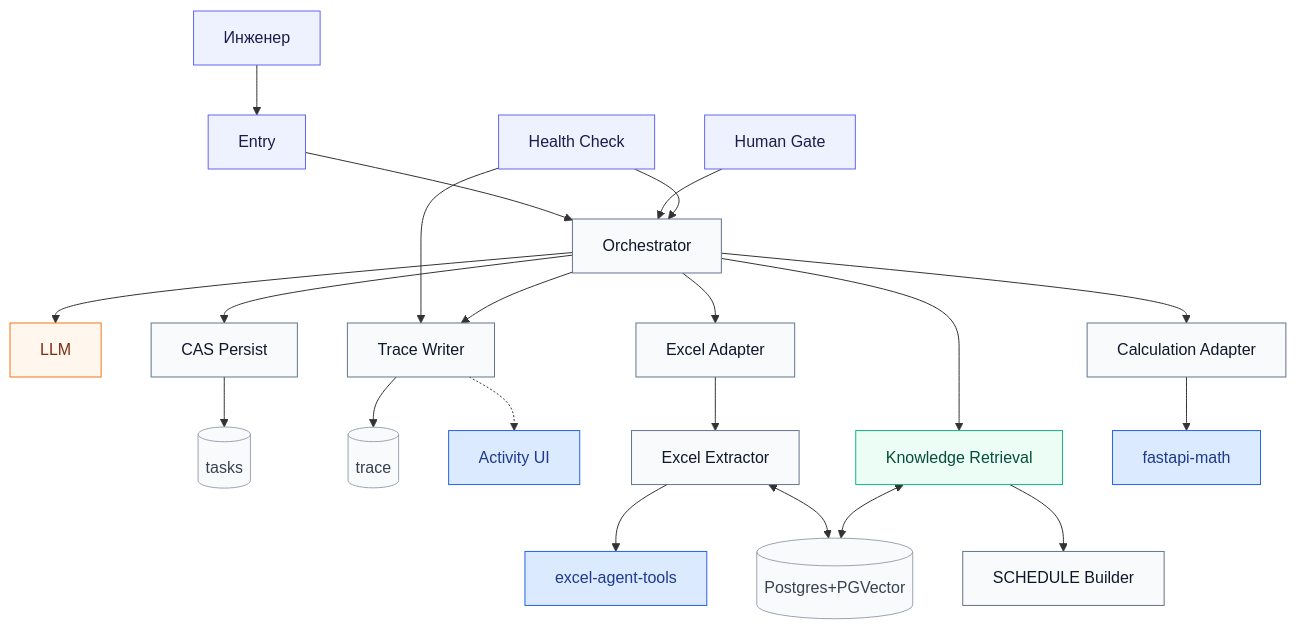
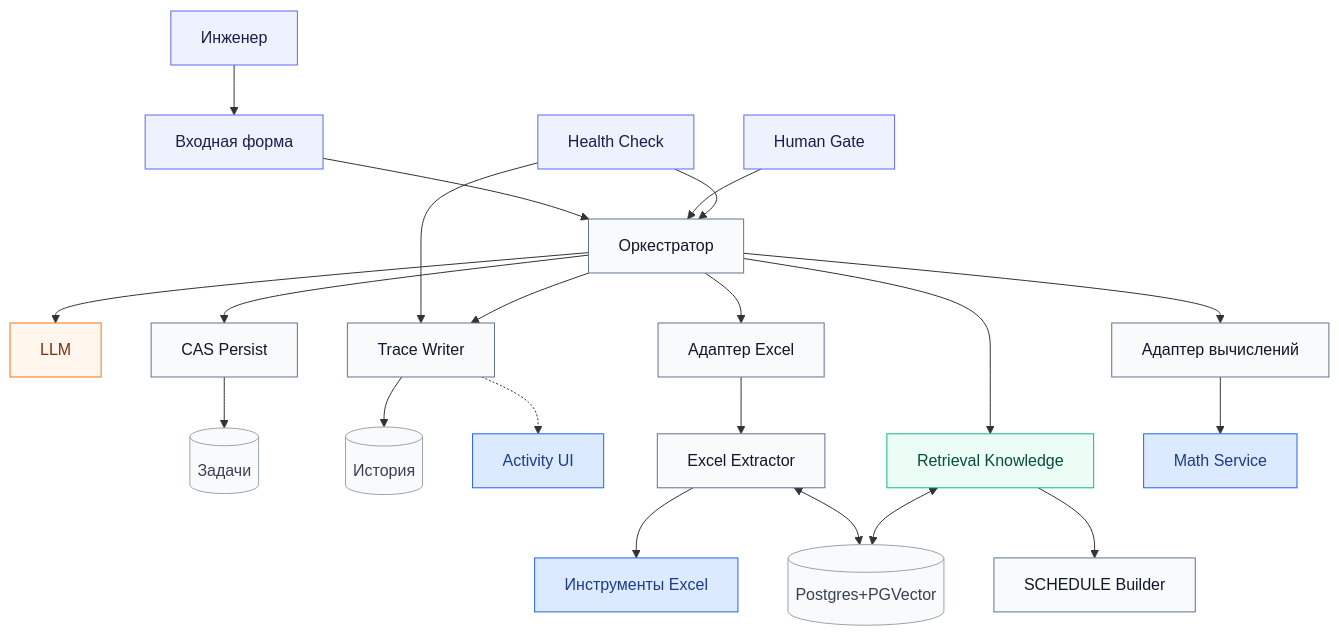
Before and after one commit to lun1tunes/omegalul: the diagram in docs.md, drawn with Mermaid. The commit also changed other lines of this file and 33 other files, not shown here.

````diff
--- a/docs.md
+++ b/docs.md
@@ -52,43 +49,43 @@
 ```mermaid
 flowchart TB
   classDef entry fill:#eef2ff,stroke:#6366f1,color:#1e1b4b
   classDef box fill:#f8fafc,stroke:#64748b,color:#0f172a
   classDef llm fill:#fff7ed,stroke:#f97316,color:#7c2d12
   classDef rag fill:#ecfdf5,stroke:#10b981,color:#064e3b
   classDef svc fill:#dbeafe,stroke:#2563eb,color:#1e3a8a
   classDef data fill:#f9fafb,stroke:#9ca3af,color:#374151
 
   User[Инженер]:::entry
-  Entry[Entry]:::entry
+  Entry[Входная форма]:::entry
   Gate[Human Gate]:::entry
   Health[Health Check]:::entry
-  Orch[Orchestrator]:::box
+  Orch[Оркестратор]:::box
   OrchLLM[LLM]:::llm
   CasPersist[CAS Persist]:::box
-  TaskDT[(tasks)]:::data
+  TaskDT[(Задачи)]:::data
   Trace[Trace Writer]:::box
-  TraceDT[(trace)]:::data
+  TraceDT[(История)]:::data
   Activity[Activity UI]:::svc
-  ExcelAdapt[Excel Adapter]:::box
+  ExcelAdapt[Адаптер Excel]:::box
   ExcelAgent[Excel Extractor]:::box
-  ExcelTools[excel-agent-tools]:::svc
-  SRetr[Knowledge Retrieval]:::rag
+  ExcelTools[Инструменты Excel]:::svc
+  SRetr[Retrieval Knowledge]:::rag
   SBuilder[SCHEDULE Builder]:::box
-  CalcAdapt[Calculation Adapter]:::box
-  MathSvc[fastapi-math]:::svc
+  CalcAdapt[Адаптер вычислений]:::box
+  MathSvc[Math Service]:::svc
   Pg[(Postgres+PGVector)]:::data
 
   User --> Entry --> Orch
   Gate --> Orch
   Health --> Orch
   Health --> Trace
   Orch --> OrchLLM
   Orch --> CasPersist --> TaskDT
   Orch --> Trace --> TraceDT
   Trace -.-> Activity
   Orch --> ExcelAdapt --> ExcelAgent --> ExcelTools
   Orch --> SRetr --> SBuilder
   Orch --> CalcAdapt --> MathSvc
   ExcelAgent <--> Pg
   SRetr <--> Pg
 ```
````
